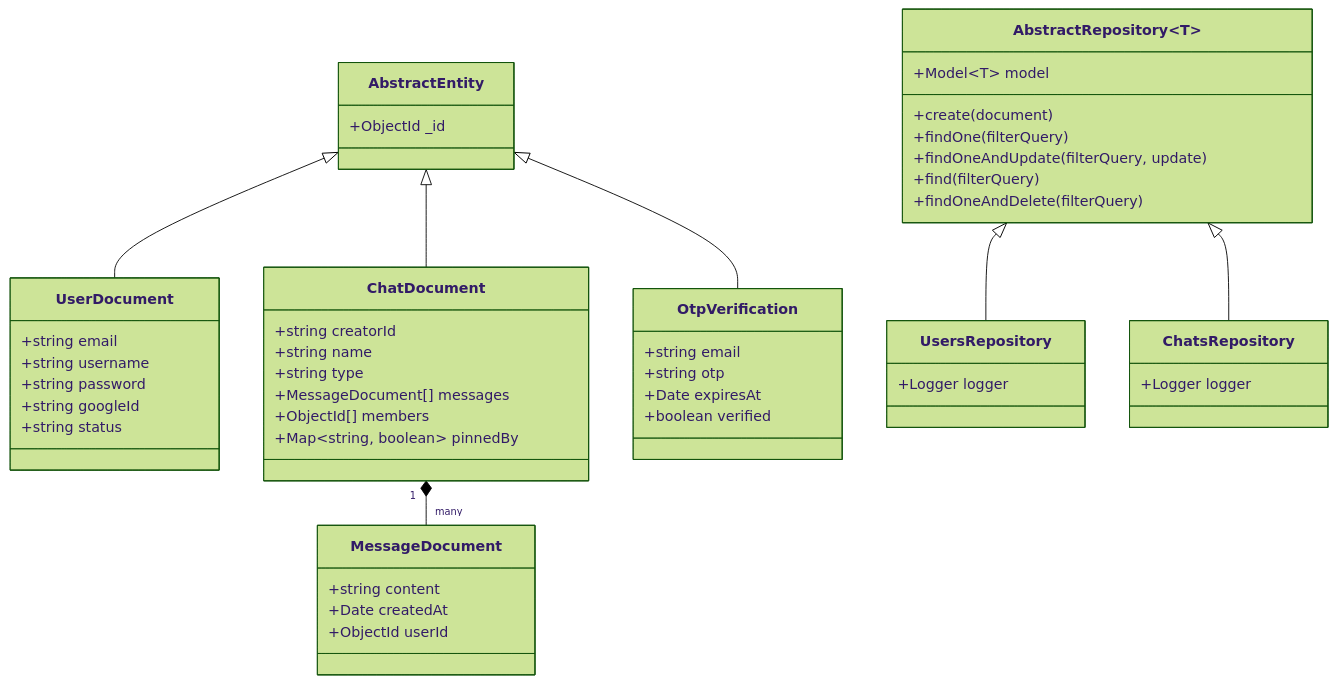
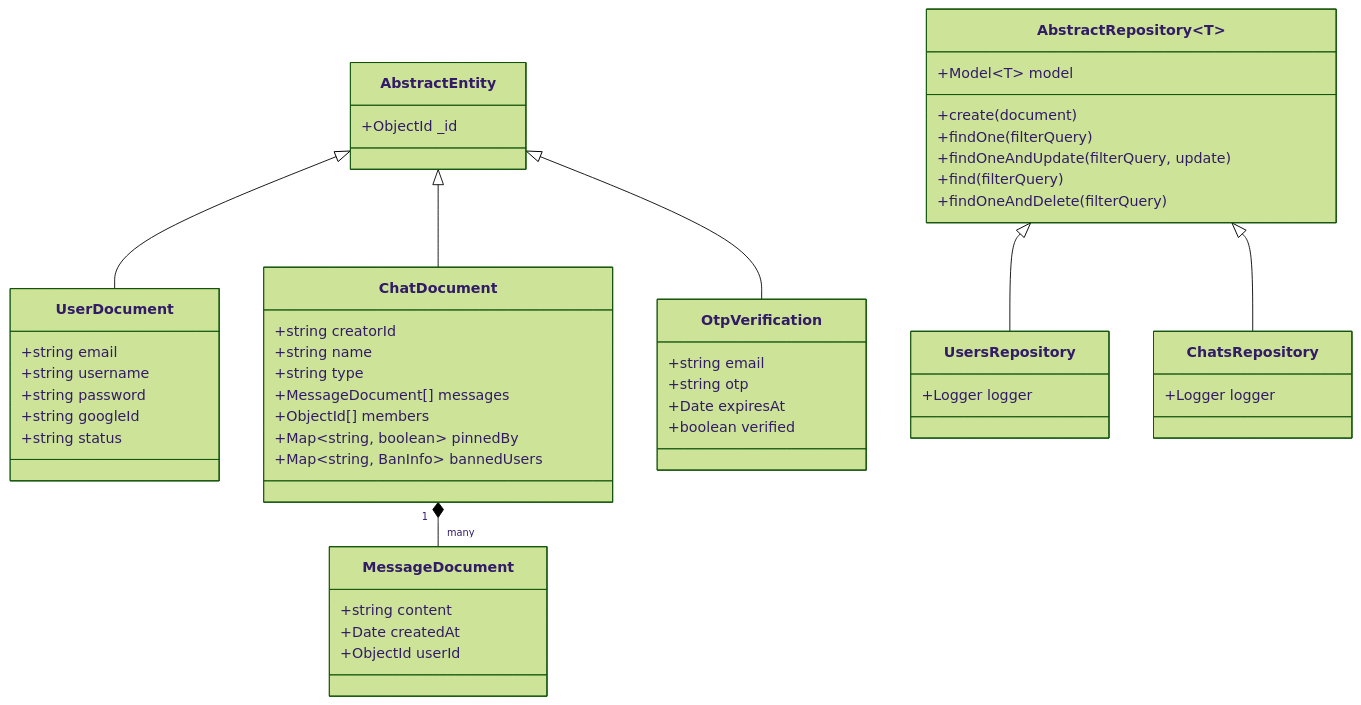
One commit to aniketdebnath/apollo-chat changed the second of 2 diagrams in docs/backend/database.md. Above: the diagram before and after it, drawn with Mermaid (forest theme). The commit also changed other lines of this file and 46 other files, not shown here.

Commit message:
ban/unban users implementend in chats-backend, gql schema changed, hooks and components for ban/unban added to frontend, useGetChat cache updated to cache-and-network, docs updated,mobile ui for cookie-consent polished, Chat/ChatInfo component refactored

````diff
--- a/docs/backend/database.md
+++ b/docs/backend/database.md
@@ -50,61 +50,62 @@
 ```mermaid
 classDiagram
     class AbstractEntity {
         +ObjectId _id
     }
 
     class UserDocument {
         +string email
         +string username
         +string password
         +string googleId
         +string status
     }
 
     class ChatDocument {
         +string creatorId
         +string name
         +string type
         +MessageDocument[] messages
         +ObjectId[] members
         +Map~string, boolean~ pinnedBy
+        +Map~string, BanInfo~ bannedUsers
     }
 
     class MessageDocument {
         +string content
         +Date createdAt
         +ObjectId userId
     }
 
     class OtpVerification {
         +string email
         +string otp
         +Date expiresAt
         +boolean verified
     }
 
     AbstractEntity <|-- UserDocument
     AbstractEntity <|-- ChatDocument
     AbstractEntity <|-- OtpVerification
     ChatDocument "1" *-- "many" MessageDocument
 
     class AbstractRepository~T~ {
         +Model~T~ model
         +create(document)
         +findOne(filterQuery)
         +findOneAndUpdate(filterQuery, update)
         +find(filterQuery)
         +findOneAndDelete(filterQuery)
     }
 
     class UsersRepository {
         +Logger logger
     }
 
     class ChatsRepository {
         +Logger logger
     }
 
     AbstractRepository <|-- UsersRepository
     AbstractRepository <|-- ChatsRepository
 ```
````
